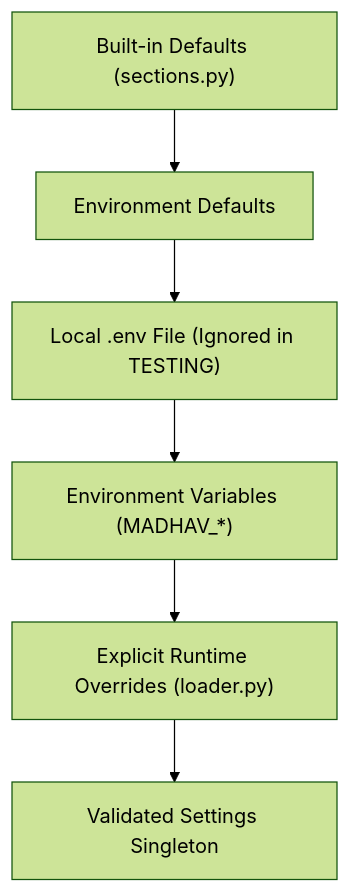
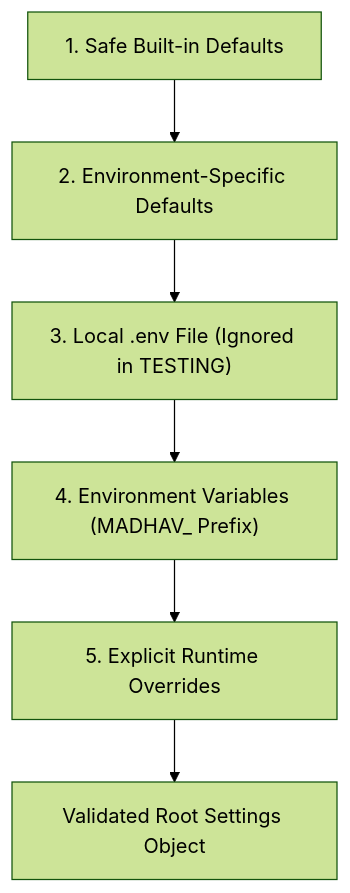
The first of 2 diagrams in docs/architecture/module-02-configuration.md (KoramYashwanthReddy/Madhav), drawn with Mermaid (forest theme) before and after one commit. The commit also changed other lines of this file and 19 other files, not shown here.

````diff
--- a/docs/architecture/module-02-configuration.md
+++ b/docs/architecture/module-02-configuration.md
@@ -25,8 +40,8 @@
 ```mermaid
 graph TD
-    A["Built-in Defaults (sections.py)"] --> B["Environment Defaults"]
-    B --> C["Local .env File (Ignored in TESTING)"]
-    C --> D["Environment Variables (MADHAV_*)"]
-    D --> E["Explicit Runtime Overrides (loader.py)"]
-    E --> F["Validated Settings Singleton"]
+    Defaults["1. Safe Built-in Defaults"] --> EnvDefaults["2. Environment-Specific Defaults"]
+    EnvDefaults --> EnvFile["3. Local .env File (Ignored in TESTING)"]
+    EnvFile --> EnvVars["4. Environment Variables (MADHAV_ Prefix)"]
+    EnvVars --> Overrides["5. Explicit Runtime Overrides"]
+    Overrides --> SettingsInstance["Validated Root Settings Object"]
 ```
````
